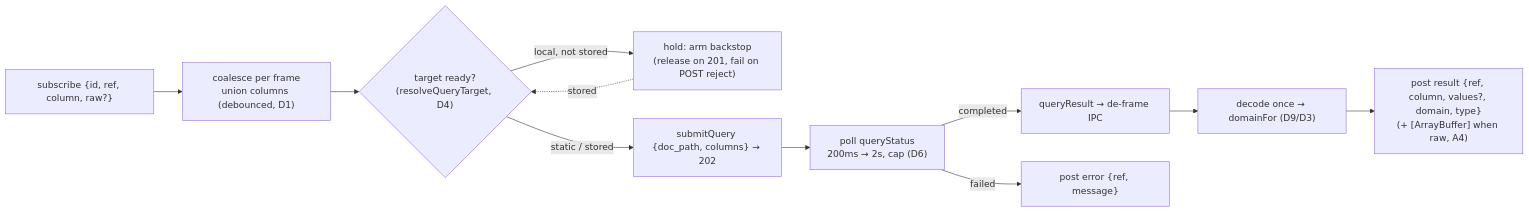
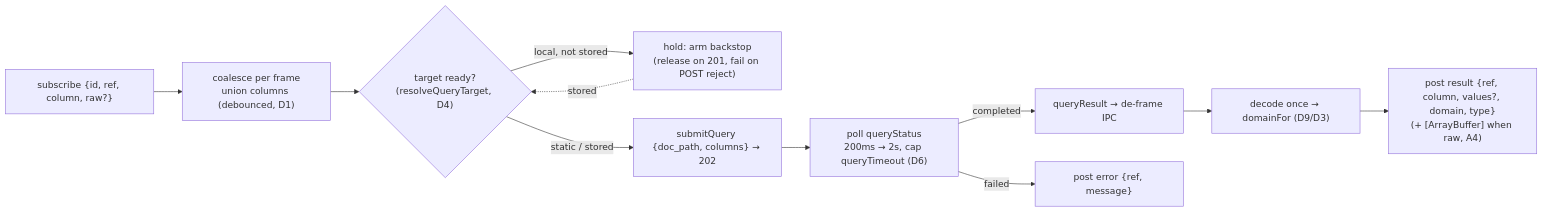
Before and after one commit to HDML-Foundation/HDML-Components: the third of 7 diagrams in docs/architecture.md, drawn with Mermaid. The commit also changed other lines of this file and 5 other files, not shown here.

First line of the commit message:
fix(hdio): release every frame after a fold, and make the poll cap configurable

````diff
--- a/docs/architecture.md
+++ b/docs/architecture.md
@@ -182,13 +187,13 @@
 ```mermaid
 flowchart LR
   sub["subscribe {id, ref, column, raw?}"] --> coal["coalesce per frame<br/>union columns (debounced, D1)"]
   coal --> gate{"target ready?<br/>(resolveQueryTarget, D4)"}
   gate -->|"local, not stored"| hold["hold: arm backstop<br/>(release on 201, fail on POST reject)"]
   hold -.->|"stored"| gate
   gate -->|"static / stored"| submit["submitQuery {doc_path, columns} → 202"]
-  submit --> poll["poll queryStatus<br/>200ms → 2s, cap (D6)"]
+  submit --> poll["poll queryStatus<br/>200ms → 2s, cap queryTimeout (D6)"]
   poll -->|completed| res["queryResult → de-frame IPC"]
   poll -->|failed| err["post error {ref, message}"]
   res --> dec["decode once → domainFor (D9/D3)"]
   dec --> out["post result {ref, column, values?, domain, type}<br/>(+ [ArrayBuffer] when raw, A4)"]
 ```
````
